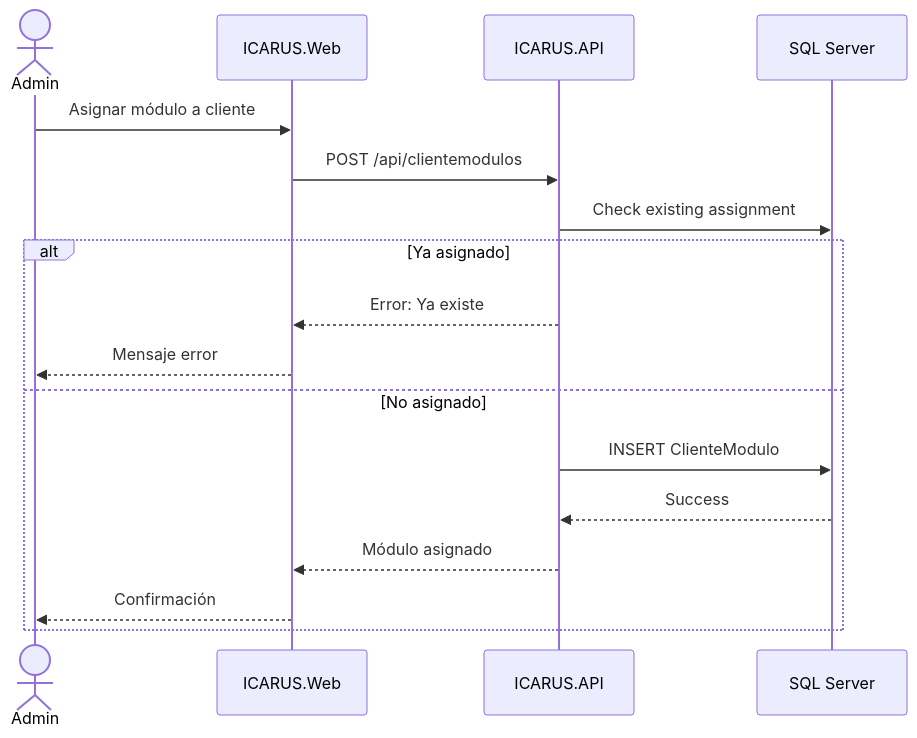
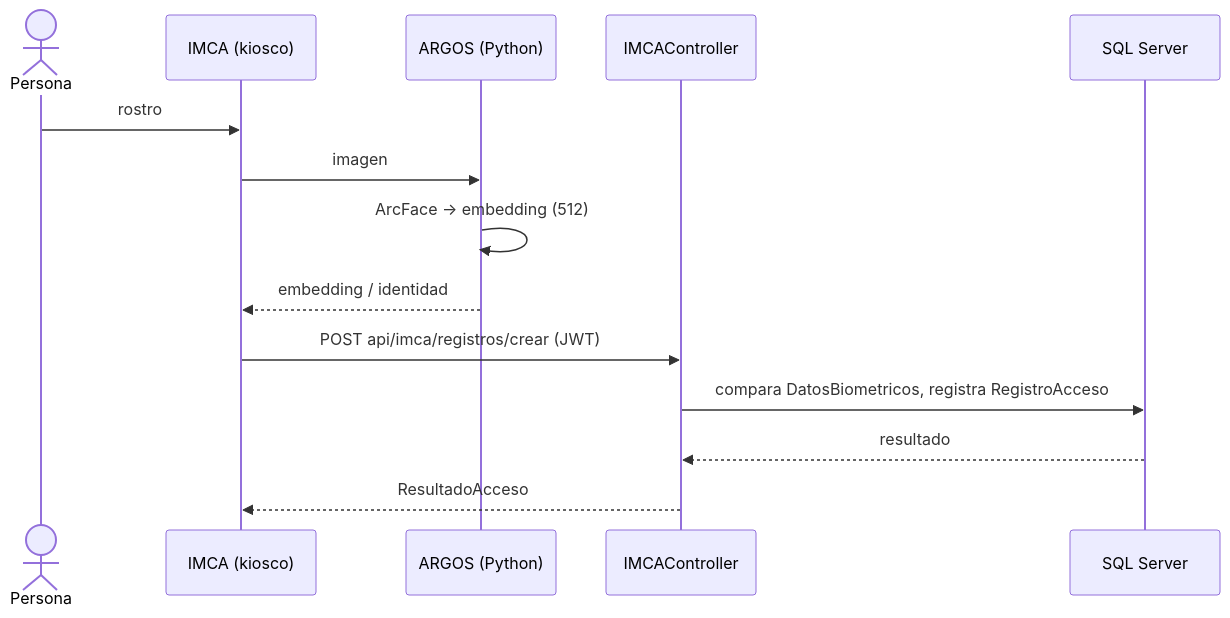
The fourth of 4 diagrams in ICARUS/diagramas/secuencia.md (luicahleo/DocumentacionProyectos), drawn with Mermaid before and after one commit. The commit also changed other lines of this file and 52 other files, not shown here.

````diff
--- a/ICARUS/diagramas/secuencia.md
+++ b/ICARUS/diagramas/secuencia.md
@@ -73,21 +66,17 @@
 ```mermaid
 sequenceDiagram
-    actor Admin
-    participant Web as ICARUS.Web
-    participant API as ICARUS.API
+    actor Persona
+    participant IMCA as IMCA (kiosco)
+    participant ARGOS as ARGOS (Python)
+    participant API as IMCAController
     participant DB as SQL Server
-    
-    Admin->>Web: Asignar módulo a cliente
-    Web->>API: POST /api/clientemodulos
-    API->>DB: Check existing assignment
-    
-    alt Ya asignado
-        API-->>Web: Error: Ya existe
-        Web-->>Admin: Mensaje error
-    else No asignado
-        API->>DB: INSERT ClienteModulo
-        DB-->>API: Success
-        API-->>Web: Módulo asignado
-        Web-->>Admin: Confirmación
-    end
+
+    Persona->>IMCA: rostro
+    IMCA->>ARGOS: imagen
+    ARGOS->>ARGOS: ArcFace → embedding (512)
+    ARGOS-->>IMCA: embedding / identidad
+    IMCA->>API: POST api/imca/registros/crear (JWT)
+    API->>DB: compara DatosBiometricos, registra RegistroAcceso
+    DB-->>API: resultado
+    API-->>IMCA: ResultadoAcceso
 ```
````
